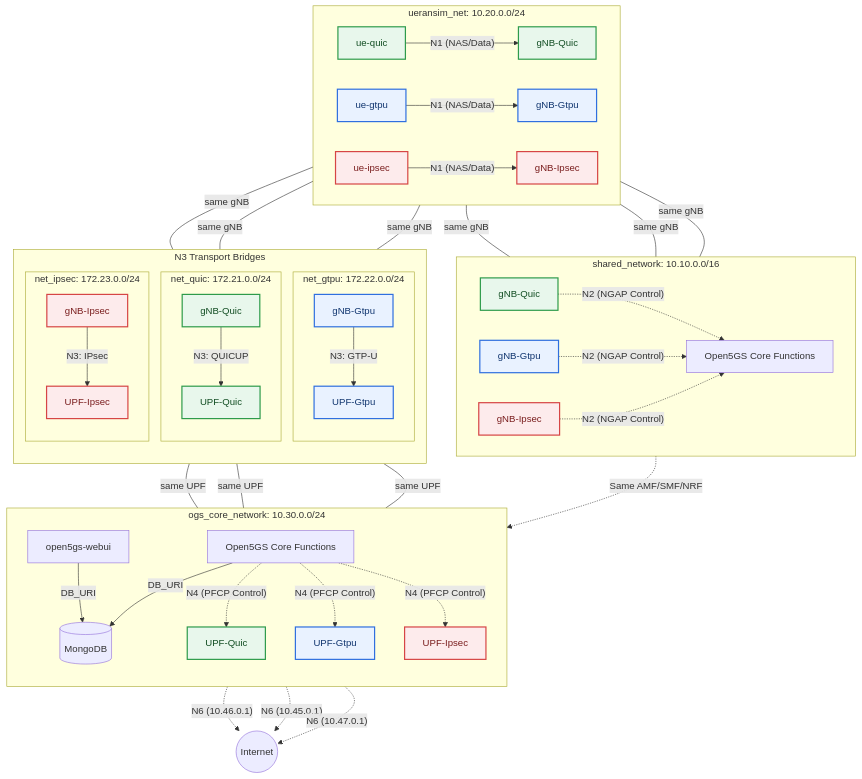
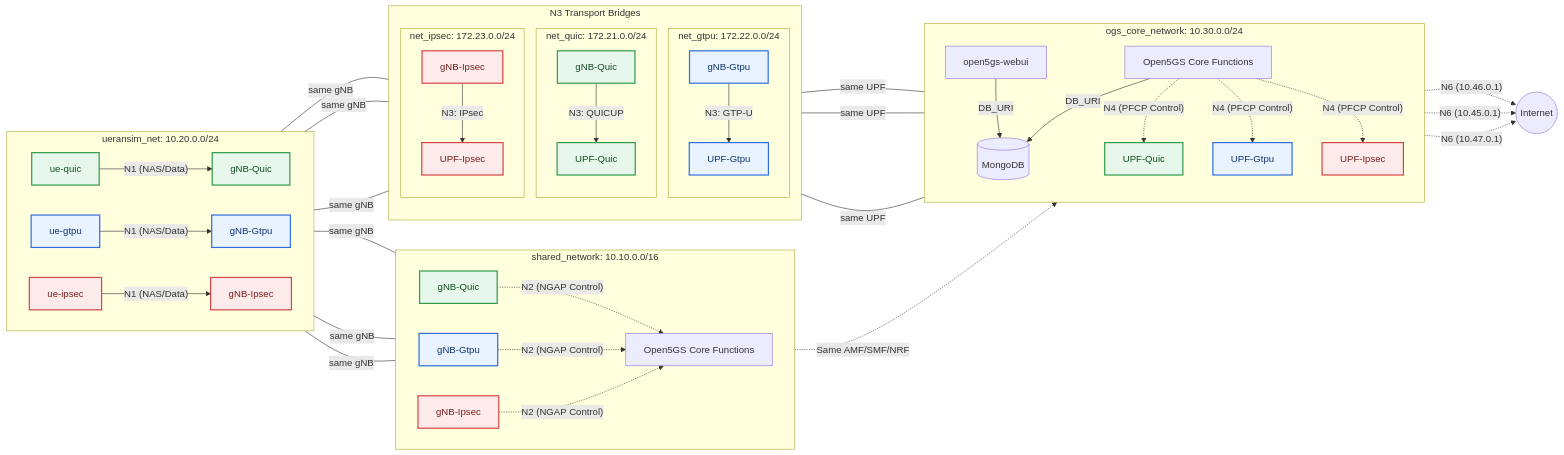
The diagram in README.md (wenkey-gm/quicup-evaluation), drawn with Mermaid before and after one commit. The commit also changed other lines of this file, not shown here.

Commit message:
docs: update readme with horizontal architecture

````diff
--- a/README.md
+++ b/README.md
@@ -239,5 +240,5 @@
 ```mermaid
-flowchart TB
+flowchart LR
 
   classDef quic fill:#E8F7EC,stroke:#2E9B4B,stroke-width:2px,color:#114D22;
   classDef gtpu fill:#E9F2FF,stroke:#2F6FDF,stroke-width:2px,color:#10356F;
````
